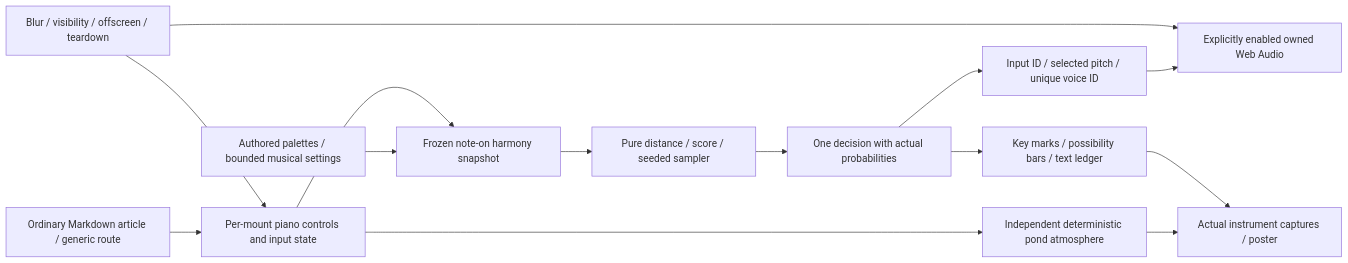
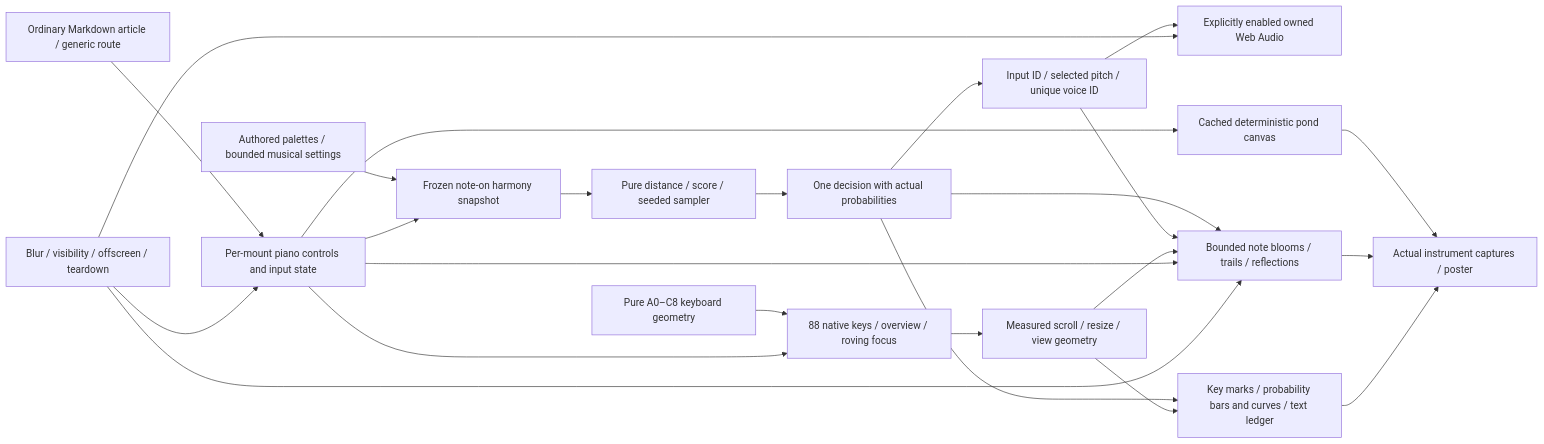
Diagram 11 of 22 in docs/architecture/ARCHITECTURE.md (suvrotica/suvroghosh-in), drawn with Mermaid before and after one commit. The commit also changed other lines of this file and 30 other files, not shown here.

First line of the commit message:
Upgrade the piano to 88 keys with moonlit performance effects

````diff
--- a/docs/architecture/ARCHITECTURE.md
+++ b/docs/architecture/ARCHITECTURE.md
@@ -377,16 +379,26 @@
 ```mermaid
 flowchart LR
     Article["Ordinary Markdown article / generic route"] --> Shell["Per-mount piano controls and input state"]
     Presets["Authored palettes / bounded musical settings"] --> Snapshot["Frozen note-on harmony snapshot"]
     Shell --> Snapshot
     Snapshot --> Model["Pure distance / score / seeded sampler"]
     Model --> Decision["One decision with actual probabilities"]
     Decision --> Ledger["Input ID / selected pitch / unique voice ID"]
     Ledger --> Audio["Explicitly enabled owned Web Audio"]
-    Decision --> Readouts["Key marks / possibility bars / text ledger"]
-    Shell --> Paint["Independent deterministic pond atmosphere"]
+    Decision --> Readouts["Key marks / probability bars and curves / text ledger"]
+    Decision --> Effects["Bounded note blooms / trails / reflections"]
+    Ledger --> Effects
+    Geometry["Pure A0–C8 keyboard geometry"] --> Keys["88 native keys / overview / roving focus"]
+    Shell --> Keys
+    Keys --> Measure["Measured scroll / resize / view geometry"]
+    Measure --> Readouts
+    Measure --> Effects
+    Shell --> Paint["Cached deterministic pond canvas"]
+    Shell --> Effects
     Paint --> Capture["Actual instrument captures / poster"]
+    Effects --> Capture
     Readouts --> Capture
     Lifecycle["Blur / visibility / offscreen / teardown"] --> Audio
     Lifecycle --> Shell
+    Lifecycle --> Effects
 ```
````
